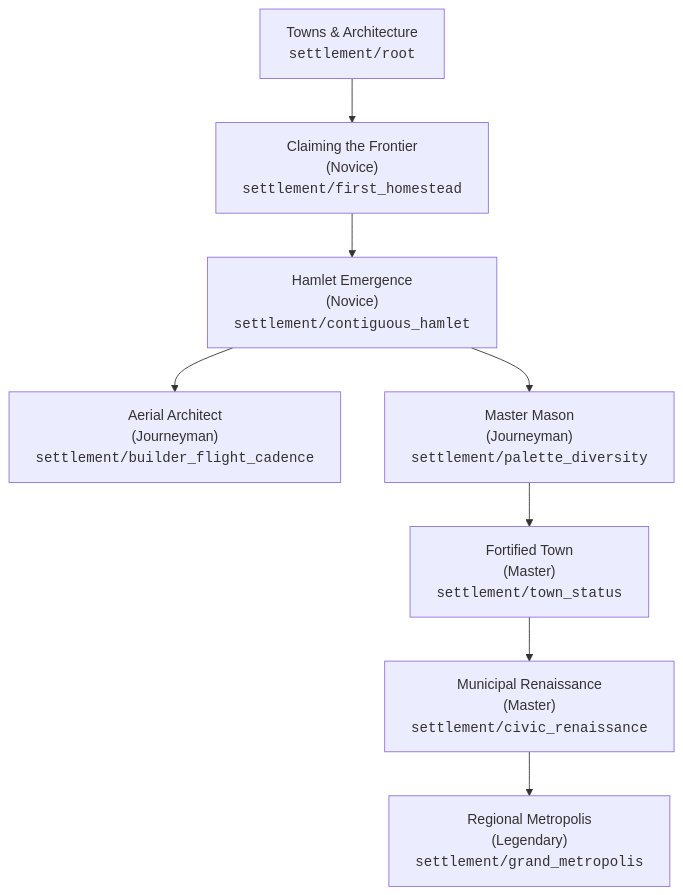
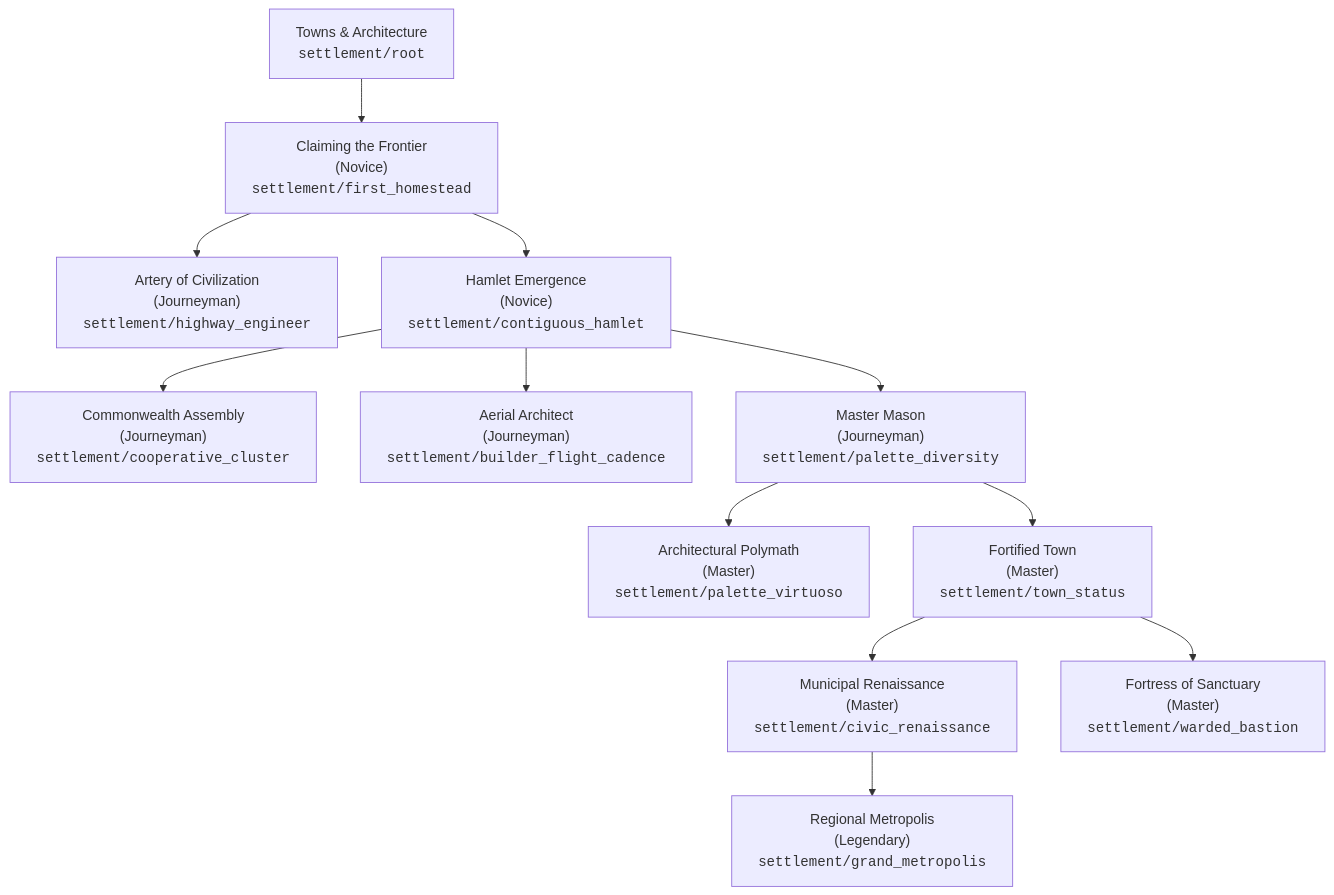
Before and after one commit to rylanmoseley/smp-mod: the diagram in docs/land-claims-and-building.md, drawn with Mermaid. The commit also changed other lines of this file and 34 other files, not shown here.

````diff
--- a/docs/land-claims-and-building.md
+++ b/docs/land-claims-and-building.md
@@ -143,10 +143,14 @@
 ```mermaid
 graph TD
     Root["Towns & Architecture<br/><code>settlement/root</code>"] --> FirstHomestead["Claiming the Frontier<br/>(Novice)<br/><code>settlement/first_homestead</code>"]
+    FirstHomestead --> HighwayEngineer["Artery of Civilization<br/>(Journeyman)<br/><code>settlement/highway_engineer</code>"]
     FirstHomestead --> ContiguousHamlet["Hamlet Emergence<br/>(Novice)<br/><code>settlement/contiguous_hamlet</code>"]
+    ContiguousHamlet --> CoopCluster["Commonwealth Assembly<br/>(Journeyman)<br/><code>settlement/cooperative_cluster</code>"]
     ContiguousHamlet --> BuilderFlight["Aerial Architect<br/>(Journeyman)<br/><code>settlement/builder_flight_cadence</code>"]
     ContiguousHamlet --> PaletteDiversity["Master Mason<br/>(Journeyman)<br/><code>settlement/palette_diversity</code>"]
+    PaletteDiversity --> PaletteVirtuoso["Architectural Polymath<br/>(Master)<br/><code>settlement/palette_virtuoso</code>"]
     PaletteDiversity --> TownStatus["Fortified Town<br/>(Master)<br/><code>settlement/town_status</code>"]
     TownStatus --> CivicRenaissance["Municipal Renaissance<br/>(Master)<br/><code>settlement/civic_renaissance</code>"]
+    TownStatus --> WardedBastion["Fortress of Sanctuary<br/>(Master)<br/><code>settlement/warded_bastion</code>"]
     CivicRenaissance --> GrandMetropolis["Regional Metropolis<br/>(Legendary)<br/><code>settlement/grand_metropolis</code>"]
 ```
````
